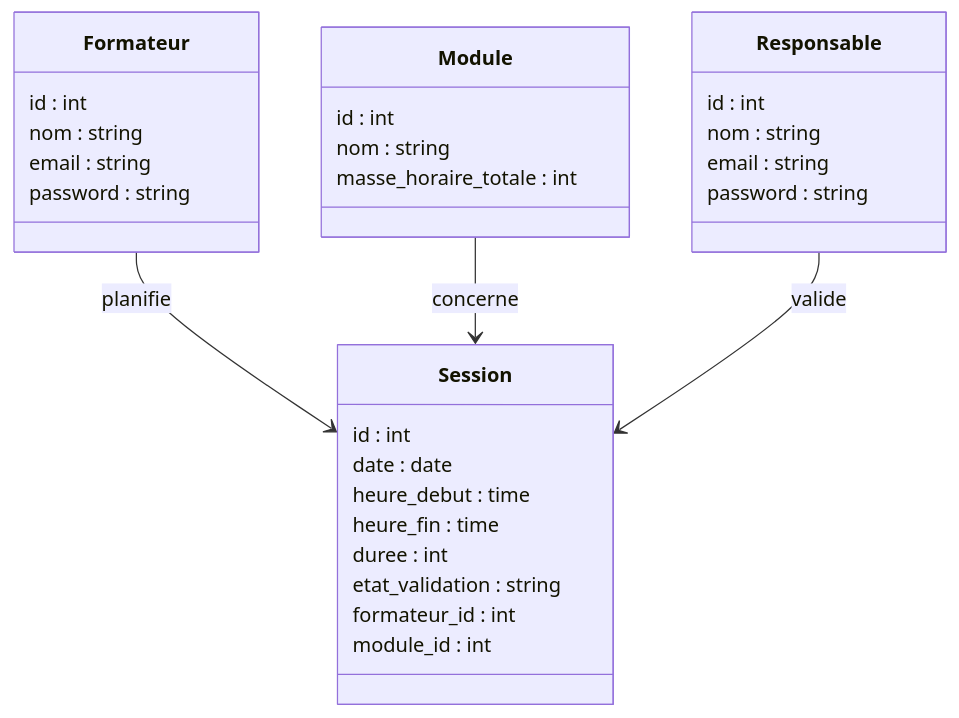
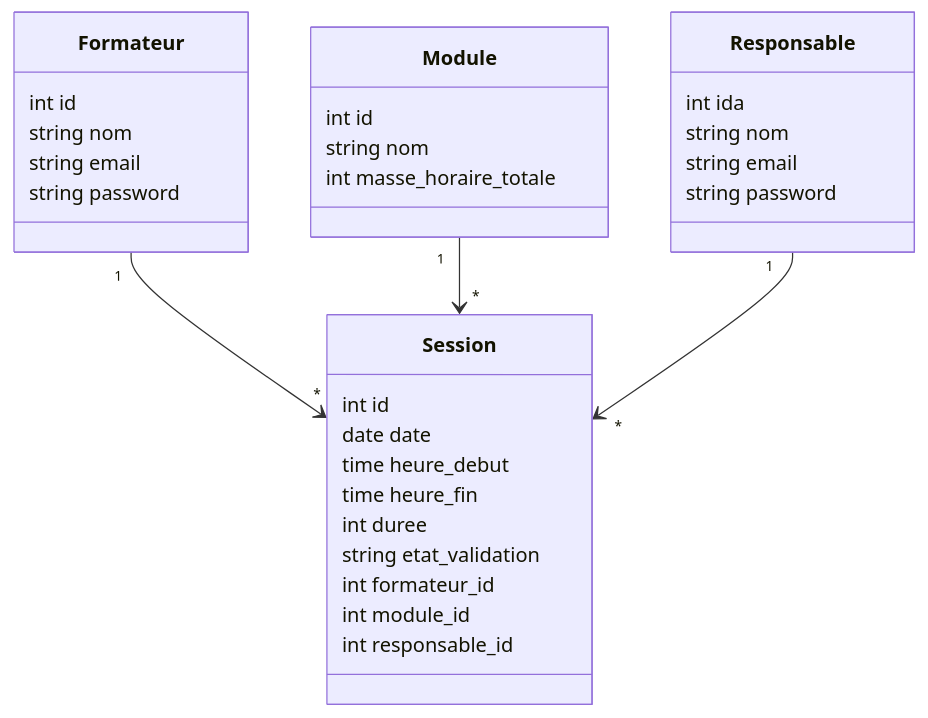
One commit to Ayoub-El-Bouzidi/fil-rouge changed the diagram in Branch Technique/Conception/DiagrammeDeClass.mmd. Above: the diagram before and after it, drawn with Mermaid. The commit also changed 216 other files, not shown here.

```diff
--- a/Branch Technique/Conception/DiagrammeDeClass.mmd
+++ b/Branch Technique/Conception/DiagrammeDeClass.mmd
@@ -1,36 +1,36 @@
+---
+config:
+  theme: default
+---
 classDiagram
-
 class Formateur {
-  id : int
-  nom : string
-  email : string
-  password : string
+  int id
+  string nom
+  string email
+  string password
 }
-
 class Responsable {
-  id : int
-  nom : string
-  email : string
-  password : string
+  int ida
+  string nom
+  string email
+  string password
 }
-
 class Module {
-  id : int
-  nom : string
-  masse_horaire_totale : int
+  int id
+  string nom
+  int masse_horaire_totale
 }
-
 class Session {
-  id : int
-  date : date
-  heure_debut : time
-  heure_fin : time
-  duree : int
-  etat_validation : string
-  formateur_id : int
-  module_id : int
+  int id
+  date date
+  time heure_debut
+  time heure_fin
+  int duree
+  string etat_validation
+  int formateur_id
+  int module_id
+  int responsable_id
 }
-
-Formateur --> Session : planifie
-Module --> Session : concerne
-Responsable --> Session : valide
+Formateur "1" --> "*" Session
+Module "1" --> "*" Session
+Responsable "1" --> "*" Session
```
